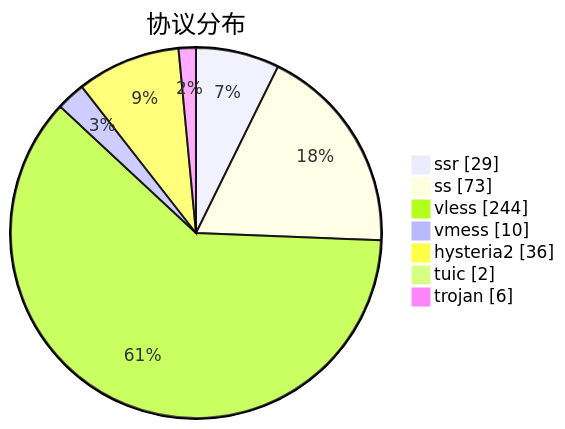
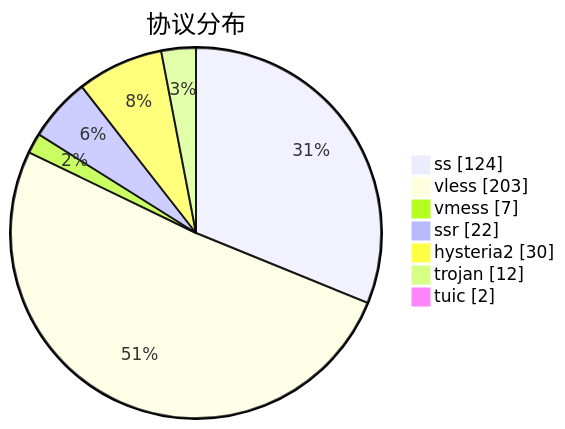
Before and after one commit to qjlxg/airport: the third of 3 diagrams in subs/statistics/tested_within.md, drawn with Mermaid. The commit also changed other lines of this file and 2 other files, not shown here.

````diff
--- a/subs/statistics/tested_within.md
+++ b/subs/statistics/tested_within.md
@@ -33,11 +30,11 @@
 ```mermaid
 pie showData
 title 协议分布
-"ssr" : 29
-"ss" : 73
-"vless" : 244
-"vmess" : 10
-"hysteria2" : 36
+"ss" : 124
+"vless" : 203
+"vmess" : 7
+"ssr" : 22
+"hysteria2" : 30
+"trojan" : 12
 "tuic" : 2
-"trojan" : 6
 ```
````
